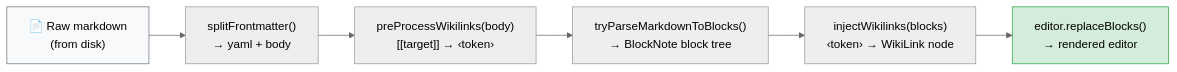
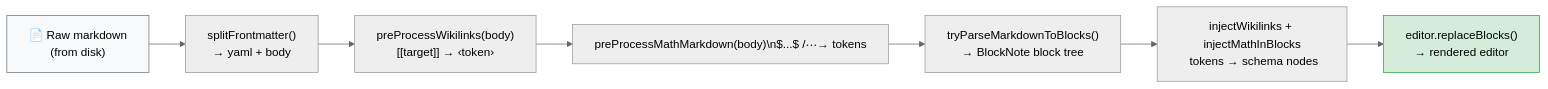
Before and after one commit to aimeritething/Fuwa: the second of 3 diagrams in docs/ABSTRACTIONS.md, drawn with Mermaid (neutral theme). The commit also changed other lines of this file and 14 other files, not shown here.

Commit message:
feat: add markdown math support

````diff
--- a/docs/ABSTRACTIONS.md
+++ b/docs/ABSTRACTIONS.md
@@ -489,11 +498,12 @@
 ```mermaid
 flowchart LR
     A["📄 Raw markdown\n(from disk)"] --> B["splitFrontmatter()\n→ yaml + body"]
     B --> C["preProcessWikilinks(body)\n[[target]] → ‹token›"]
-    C --> D["tryParseMarkdownToBlocks()\n→ BlockNote block tree"]
-    D --> E["injectWikilinks(blocks)\n‹token› → WikiLink node"]
-    E --> F["editor.replaceBlocks()\n→ rendered editor"]
+    C --> D["preProcessMathMarkdown(body)\n$...$ / $$...$$ → tokens"]
+    D --> E["tryParseMarkdownToBlocks()\n→ BlockNote block tree"]
+    E --> F["injectWikilinks + injectMathInBlocks\n tokens → schema nodes"]
+    F --> G["editor.replaceBlocks()\n→ rendered editor"]
 
     style A fill:#f8f9fa,stroke:#6c757d,color:#000
-    style F fill:#d4edda,stroke:#28a745,color:#000
+    style G fill:#d4edda,stroke:#28a745,color:#000
 ```
````
